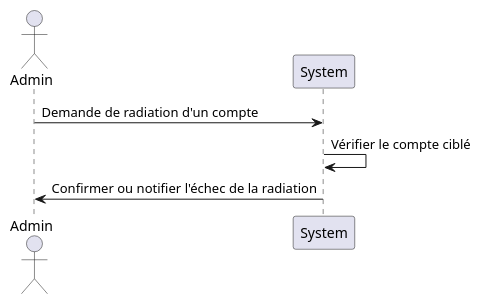
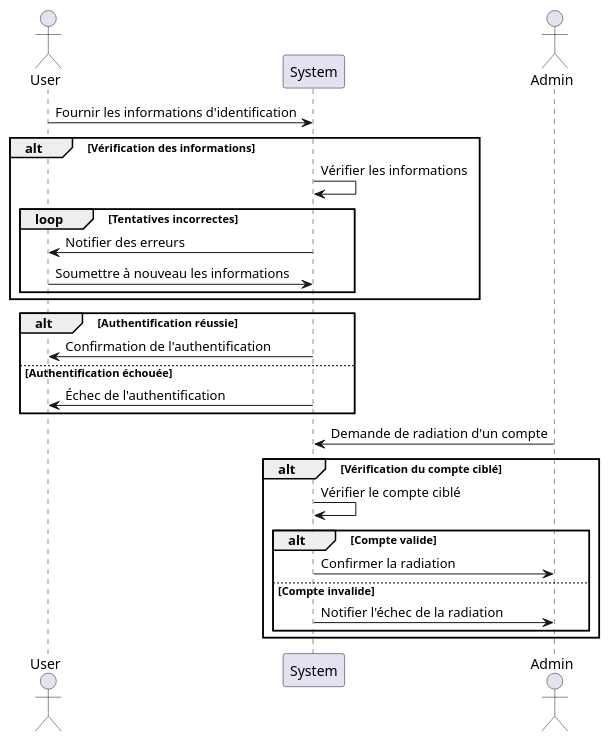
Before and after one commit to MehediT/BoutiqueLigneAudiovisuels: the diagram in Sequence/DeleteAccountSequence.puml, drawn with PlantUML. The commit also changed 3 other files, not shown here.

```diff
--- a/Sequence/DeleteAccountSequence.puml
+++ b/Sequence/DeleteAccountSequence.puml
@@ -1,10 +1,36 @@
 @startuml
 
+actor User
+participant "System" as System
 actor Admin
-participant "System" as System
+
+User -> System : Fournir les informations d'identification
+
+alt Vérification des informations
+    System -> System : Vérifier les informations
+    loop Tentatives incorrectes
+        System -> User : Notifier des erreurs
+        User -> System : Soumettre à nouveau les informations
+    end
+end
+
+alt Authentification réussie
+    System -> User : Confirmation de l'authentification
+else Authentification échouée
+    System -> User : Échec de l'authentification
+end
+
+
 
 Admin -> System : Demande de radiation d'un compte
-System -> System : Vérifier le compte ciblé
-System -> Admin : Confirmer ou notifier l'échec de la radiation
+
+alt Vérification du compte ciblé
+    System -> System : Vérifier le compte ciblé
+    alt Compte valide
+        System -> Admin : Confirmer la radiation
+    else Compte invalide
+        System -> Admin : Notifier l'échec de la radiation
+    end
+end
 
 @enduml
```
